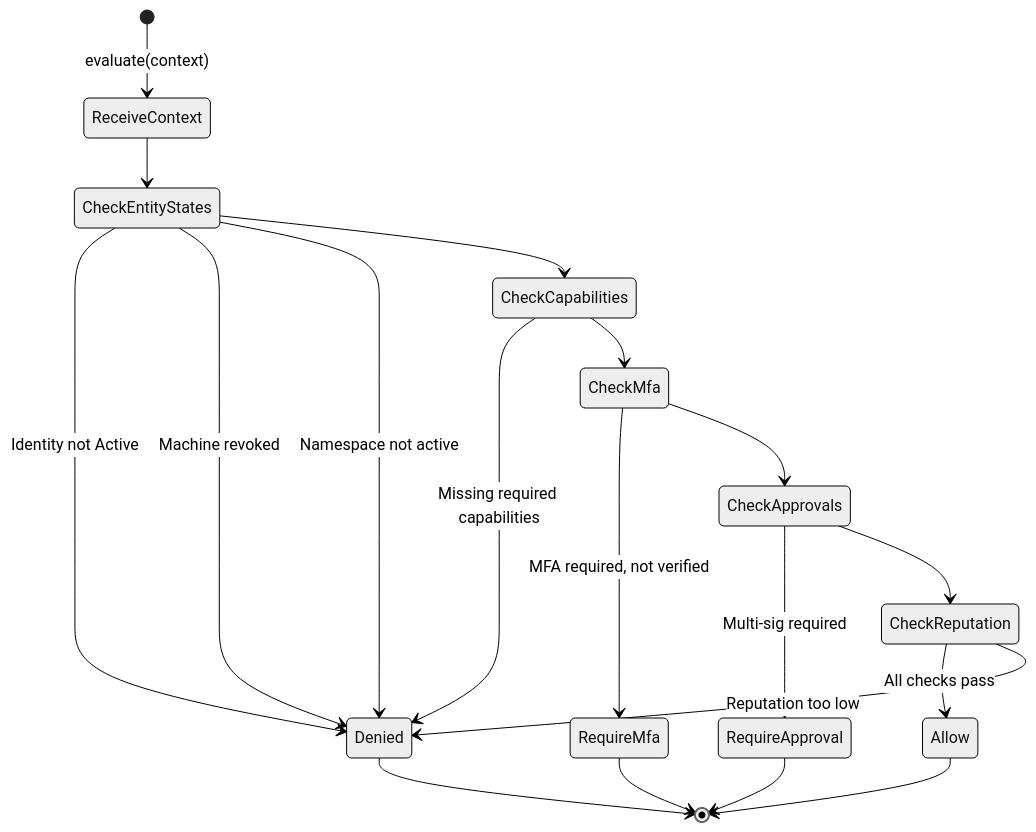
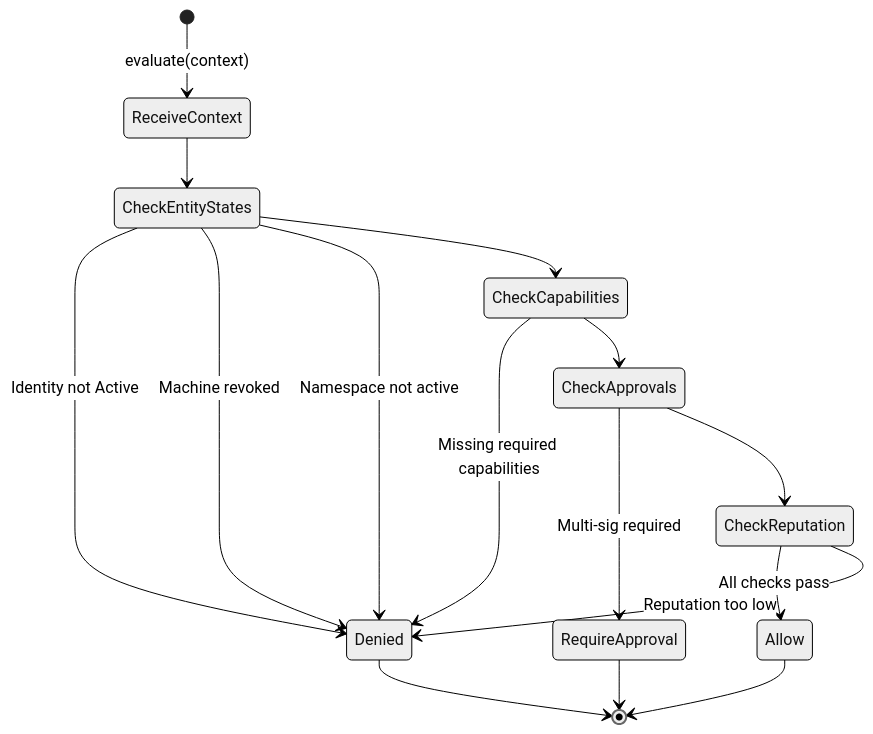
The second of 7 diagrams in docs/spec/v0.1.1/03-policy.md (cypher-asi/zero-auth), drawn with Mermaid (neutral theme) before and after one commit. The commit also changed other lines of this file and 126 other files, not shown here.

````diff
--- a/docs/spec/v0.1.1/03-policy.md
+++ b/docs/spec/v0.1.1/03-policy.md
@@ -326,28 +312,24 @@
 ```mermaid
 stateDiagram-v2
     [*] --> ReceiveContext: evaluate(context)
     
     ReceiveContext --> CheckEntityStates
     
     CheckEntityStates --> Denied: Identity not Active
     CheckEntityStates --> Denied: Machine revoked
     CheckEntityStates --> Denied: Namespace not active
     CheckEntityStates --> CheckCapabilities
     
     CheckCapabilities --> Denied: Missing required capabilities
-    CheckCapabilities --> CheckMfa
-    
-    CheckMfa --> RequireMfa: MFA required, not verified
-    CheckMfa --> CheckApprovals
+    CheckCapabilities --> CheckApprovals
     
     CheckApprovals --> RequireApproval: Multi-sig required
     CheckApprovals --> CheckReputation
     
     CheckReputation --> Allow: All checks pass
     CheckReputation --> Denied: Reputation too low
     
     Allow --> [*]
     Denied --> [*]
-    RequireMfa --> [*]
     RequireApproval --> [*]
 ```
````
